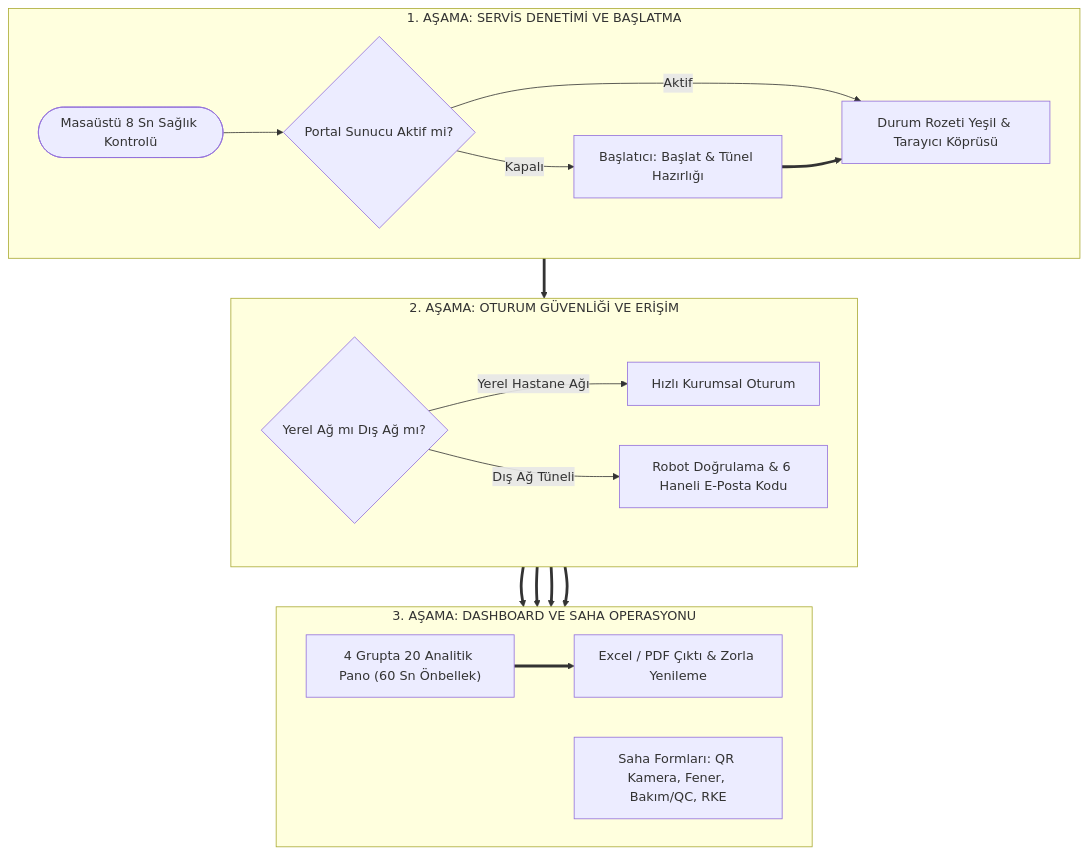
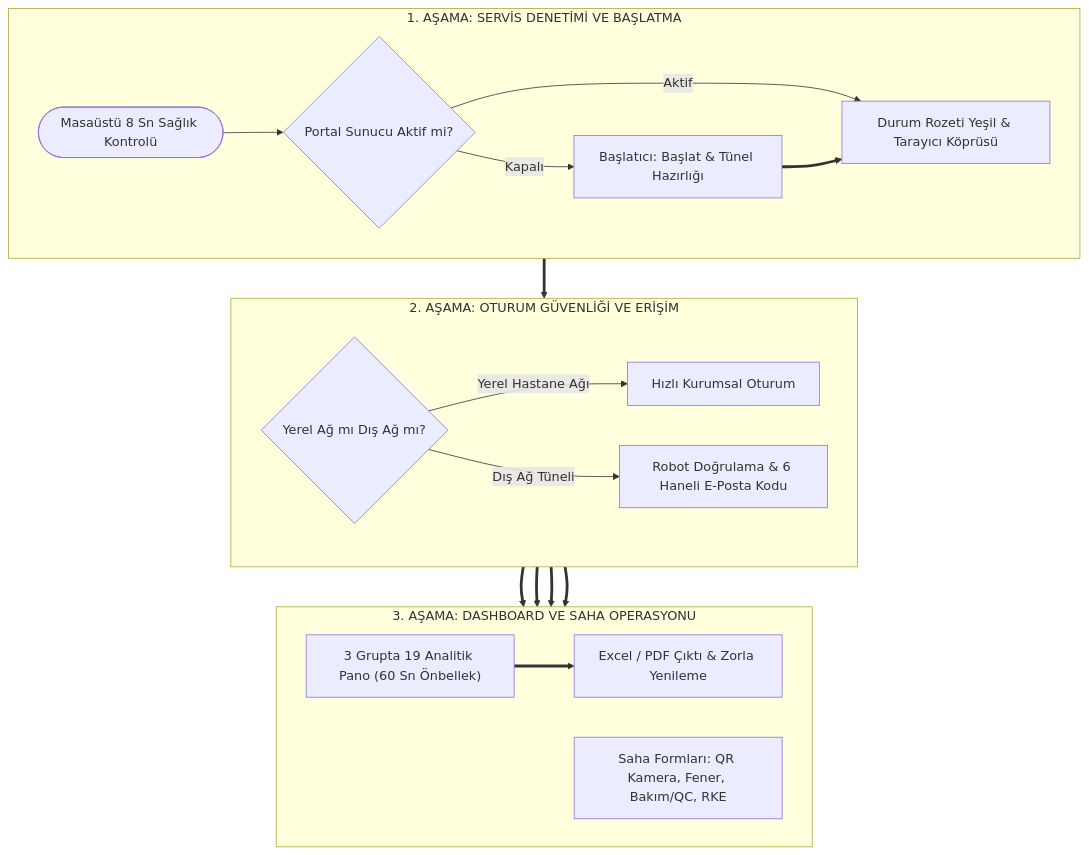
Before and after one commit to radpy-v4/RADPYS_V4_WEB: the diagram in help/src/22_web_portal_ve_dashboardlar.md, drawn with Mermaid. The commit also changed other lines of this file and 58 other files, not shown here.

````diff
--- a/help/src/22_web_portal_ve_dashboardlar.md
+++ b/help/src/22_web_portal_ve_dashboardlar.md
@@ -61,27 +61,27 @@
 ```mermaid
 flowchart TB
  subgraph S1 ["1. AŞAMA: SERVİS DENETİMİ VE BAŞLATMA"]
   direction LR
   A(["Masaüstü 8 Sn Sağlık Kontrolü"]) --> B{"Portal Sunucu Aktif mi?"}
   B -->|Kapalı| C["Başlatıcı: Başlat &amp; Tünel Hazırlığı"]
   B -->|Aktif| D["Durum Rozeti Yeşil &amp; Tarayıcı Köprüsü"]
  end
 
  subgraph S2 ["2. AŞAMA: OTURUM GÜVENLİĞİ VE ERİŞİM"]
   direction LR
   E{"Yerel Ağ mı Dış Ağ mı?"} -->|Yerel Hastane Ağı| F["Hızlı Kurumsal Oturum"]
   E -->|Dış Ağ Tüneli| G["Robot Doğrulama &amp; 6 Haneli E-Posta Kodu"]
  end
 
  subgraph S3 ["3. AŞAMA: DASHBOARD VE SAHA OPERASYONU"]
   direction LR
-  H["4 Grupta 20 Analitik Pano (60 Sn Önbellek)"]
+  H["3 Grupta 19 Analitik Pano (60 Sn Önbellek)"]
   I["Saha Formları: QR Kamera, Fener, Bakım/QC, RKE"]
   J["Excel / PDF Çıktı &amp; Zorla Yenileme"]
  end
 
  C ==> D
  D ==> E
  F & G ==> H & I
  H ==> J
 ```
````
